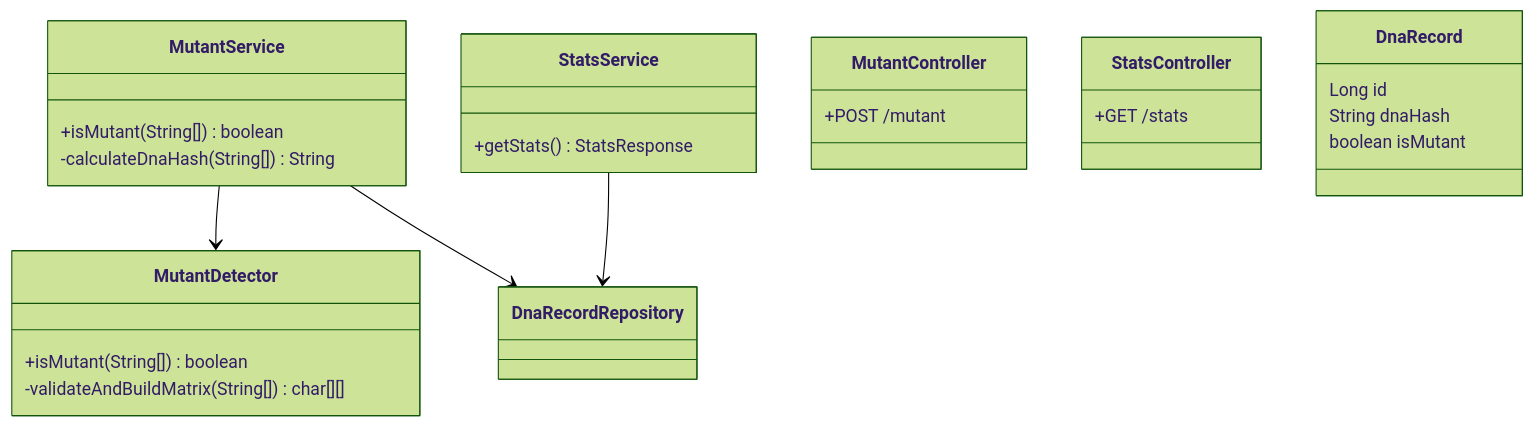
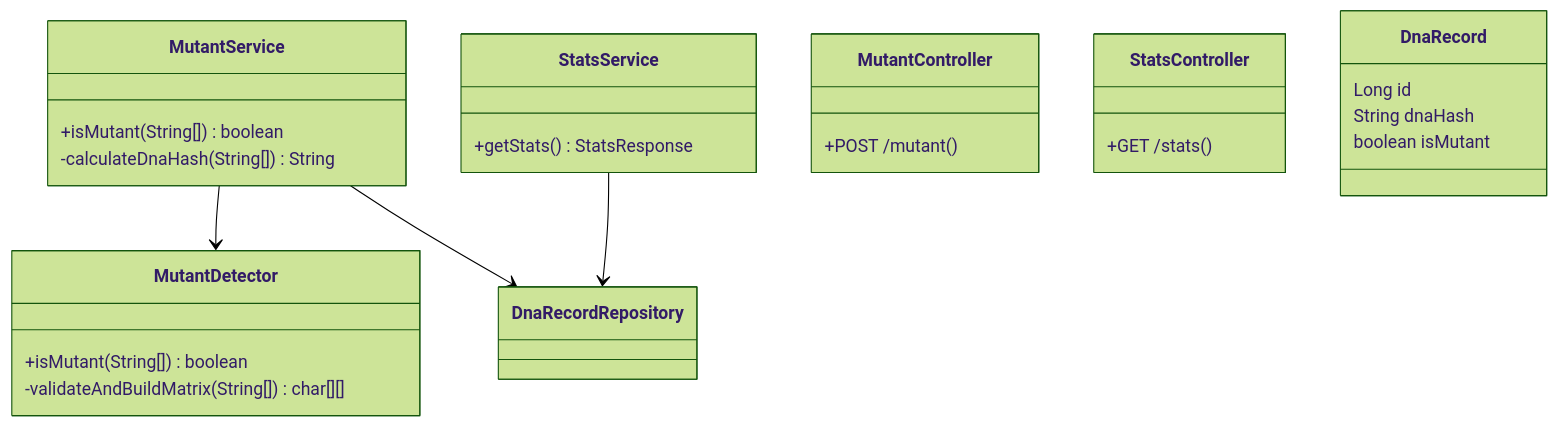
Before and after one commit to EnzoFernandez43/mutant-detector: the first of 2 diagrams in README.md, drawn with Mermaid (forest theme). The commit also changed other lines of this file, not shown here.

````diff
--- a/README.md
+++ b/README.md
@@ -197,34 +205,34 @@
 ```mermaid
 classDiagram
     class MutantDetector {
-        +isMutant(String[]) boolean
-        -validateAndBuildMatrix(String[]) char[][]
+      +isMutant(String[]) boolean
+      -validateAndBuildMatrix(String[]) char[][]
     }
 
     class MutantService {
-        +isMutant(String[]) boolean
-        -calculateDnaHash(String[]) String
+      +isMutant(String[]) boolean
+      -calculateDnaHash(String[]) String
     }
 
     class StatsService {
-        +getStats() StatsResponse
+      +getStats() StatsResponse
     }
 
     class MutantController {
-        +POST /mutant
+      +POST /mutant()
     }
 
     class StatsController {
-        +GET /stats
+      +GET /stats()
     }
 
     class DnaRecord {
-        Long id
-        String dnaHash
-        boolean isMutant
+      Long id
+      String dnaHash
+      boolean isMutant
     }
 
     MutantService --> MutantDetector
     MutantService --> DnaRecordRepository
     StatsService --> DnaRecordRepository
 ```
````
